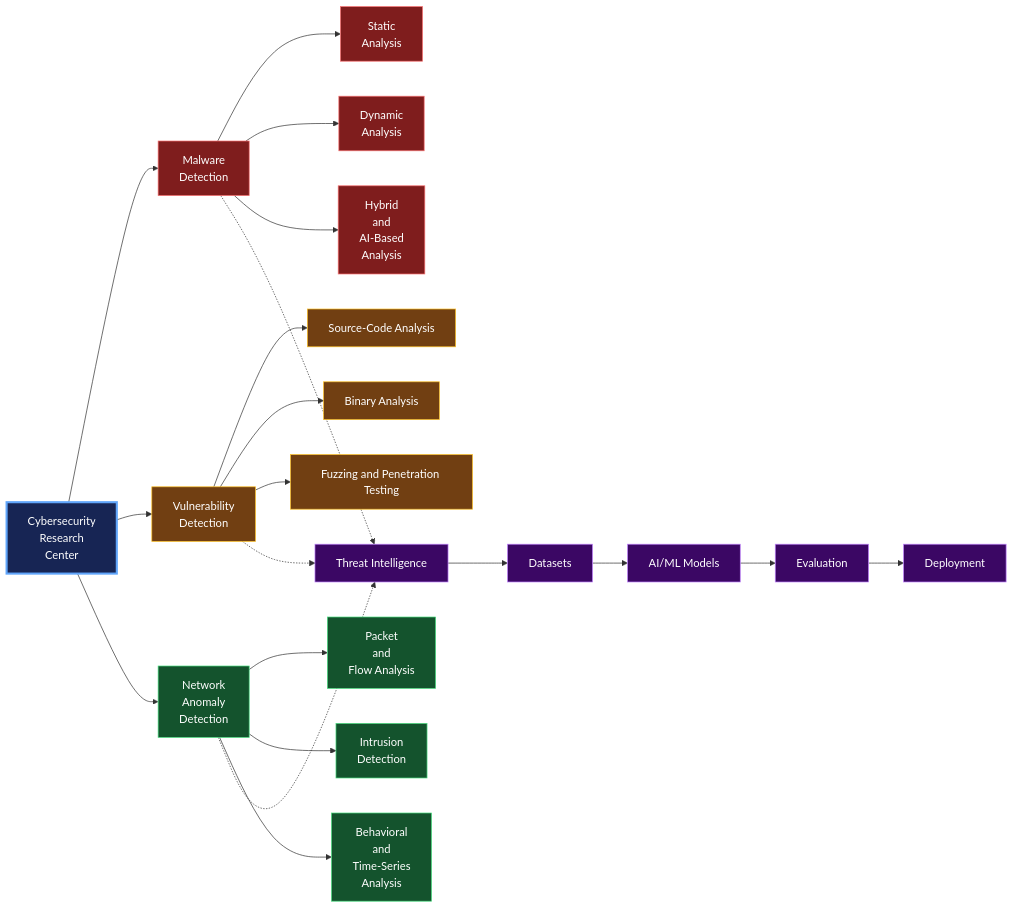
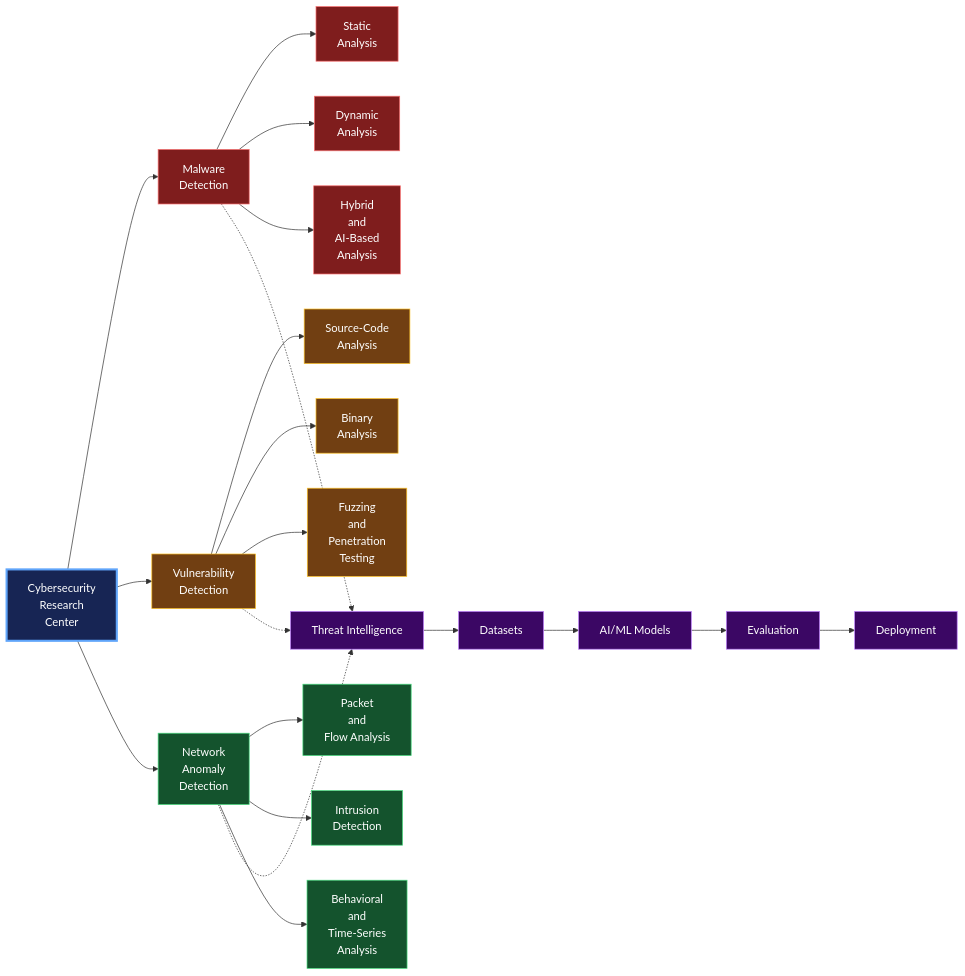
Before and after one commit to cybersecurity-dev/cybersecurity-dev.github.io: the diagram in cybersecurity_research.md, drawn with Mermaid.

Commit message:
++small fix

````diff
--- a/cybersecurity_research.md
+++ b/cybersecurity_research.md
@@ -11,41 +11,41 @@
 ```mermaid
 flowchart LR
     CRC["Cybersecurity<br/>Research<br/>Center"]
 
     CRC --> MD["Malware<br/>Detection"]
     CRC --> VD["Vulnerability<br/>Detection"]
     CRC --> NAD["Network<br/>Anomaly<br/>Detection"]
 
     MD --> MA["Static<br/>Analysis"]
     MD --> MB["Dynamic<br/>Analysis"]
     MD --> MC["Hybrid<br/>and<br/>AI-Based<br/>Analysis"]
 
-    VD --> VA["Source-Code Analysis"]
-    VD --> VB["Binary Analysis"]
-    VD --> VC["Fuzzing and Penetration Testing"]
+    VD --> VA["Source-Code<br/>Analysis"]
+    VD --> VB["Binary<br/>Analysis"]
+    VD --> VC["Fuzzing<br/>and<br/>Penetration<br/>Testing"]
 
     NAD --> NA["Packet<br/>and<br/>Flow Analysis"]
     NAD --> NB["Intrusion<br/>Detection"]
     NAD --> NC["Behavioral<br/>and<br/>Time-Series<br/>Analysis"]
 
     MD -.-> TI["Threat Intelligence"]
     VD -.-> TI
     NAD -.-> TI
 
     TI --> DS["Datasets"]
     DS --> ML["AI/ML Models"]
     ML --> EV["Evaluation"]
     EV --> DP["Deployment"]
 
     classDef root fill:#172554,stroke:#60a5fa,color:#fff,stroke-width:3px
     classDef malware fill:#7f1d1d,stroke:#f87171,color:#fff
     classDef vuln fill:#713f12,stroke:#fbbf24,color:#fff
     classDef network fill:#14532d,stroke:#4ade80,color:#fff
     classDef shared fill:#3b0764,stroke:#c084fc,color:#fff
 
     class CRC root
     class MD,MA,MB,MC malware
     class VD,VA,VB,VC vuln
     class NAD,NA,NB,NC network
     class TI,DS,ML,EV,DP shared
 ```
````
